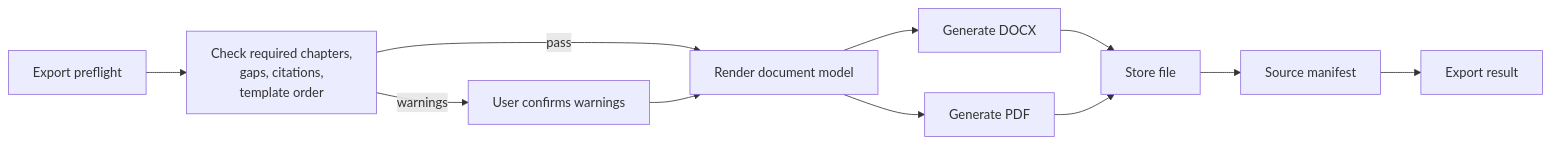
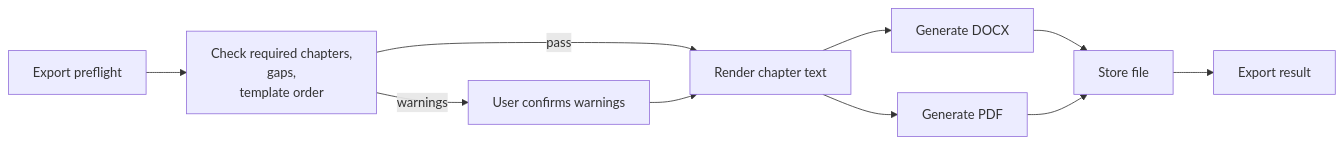
Before and after one commit to Open-Earth-Foundation/CityCatalyst: diagram 13 of 13 in docs/ConceptNoteBuilderArchitecture.md, drawn with Mermaid. The commit also changed other lines of this file, not shown here.

Commit message:
docs: clarify document workspace flow

````diff
--- a/docs/ConceptNoteBuilderArchitecture.md
+++ b/docs/ConceptNoteBuilderArchitecture.md
@@ -1382,13 +1396,12 @@
 ```mermaid
 flowchart LR
-    Preflight["Export preflight"] --> Check["Check required chapters,<br/>gaps, citations,<br/>template order"]
-    Check -->|pass| Render["Render document model"]
+    Preflight["Export preflight"] --> Check["Check required chapters,<br/>gaps,<br/>template order"]
+    Check -->|pass| Render["Render chapter text"]
     Check -->|warnings| Confirm["User confirms warnings"]
     Confirm --> Render
     Render --> Docx["Generate DOCX"]
     Render --> Pdf["Generate PDF"]
     Docx --> Store["Store file"]
     Pdf --> Store
-    Store --> Manifest["Source manifest"]
-    Manifest --> Result["Export result"]
+    Store --> Result["Export result"]
 ```
````
